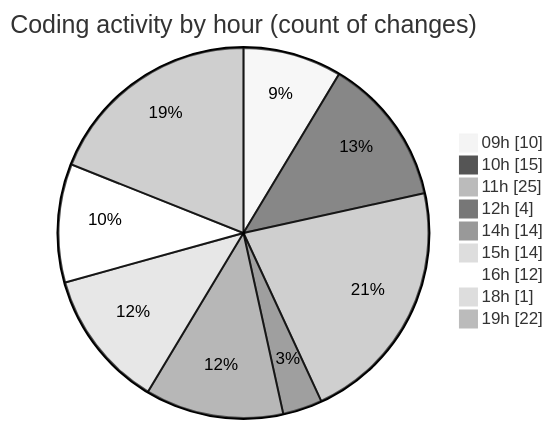
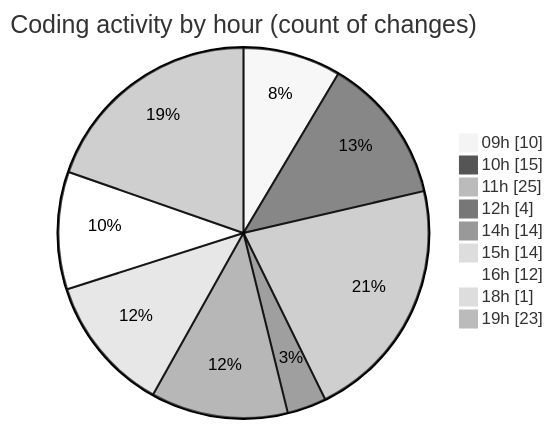
The second of 2 diagrams in 2025-03-21/myws__workspace_/README.md (MatusMokan/code-tracking), drawn with Mermaid (neutral theme) before and after one commit. The commit also changed other lines of this file and 1 other file, not shown here.

````diff
--- a/2025-03-21/myws__workspace_/README.md
+++ b/2025-03-21/myws__workspace_/README.md
@@ -35,13 +36,13 @@
 ```mermaid
 pie showData
 title Coding activity by hour (count of changes)
 "09h" : 10
 "10h" : 15
 "11h" : 25
 "12h" : 4
 "14h" : 14
 "15h" : 14
 "16h" : 12
 "18h" : 1
-"19h" : 22
+"19h" : 23
 ```
````
